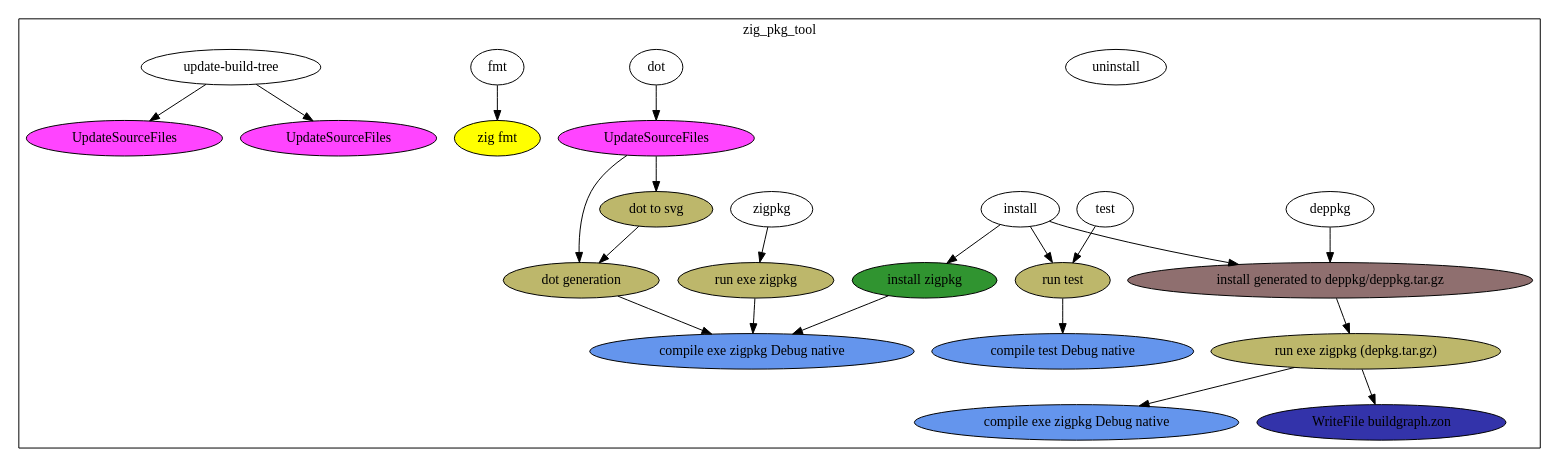
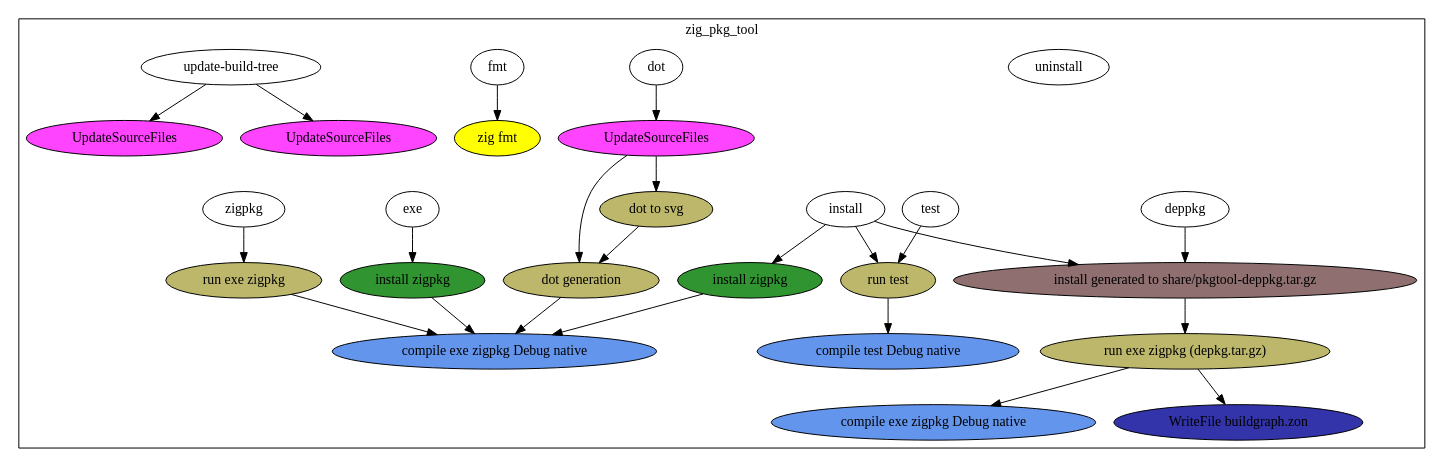
The diagram in graph.dot (dasimmet/zig_pkg_tool), drawn with Graphviz before and after one commit. The commit also changed 6 other files, not shown here.

```diff
--- a/graph.dot
+++ b/graph.dot
@@ -1,76 +1,82 @@
 digraph {
 "N0" [label="install", style="filled", fillcolor="#ffffff", group="G0", tooltip=""]
 "N0" -> "N1"
 "N0" -> "N5"
 "N0" -> "N7"
-"N1" [label="install generated to deppkg/deppkg.tar.gz", style="filled", fillcolor="#8f6f6f", group="G0", tooltip=""]
+"N1" [label="install generated to share/pkgtool-deppkg.tar.gz", style="filled", fillcolor="#8f6f6f", group="G0", tooltip=""]
 "N1" -> "N2"
 "N2" [label="run exe zigpkg (depkg.tar.gz)", style="filled", fillcolor="#bdb76b", group="G0", tooltip=""]
 "N2" -> "N3"
 "N2" -> "N4"
 "N3" [label="compile exe zigpkg Debug native", style="filled", fillcolor="#6495ed", group="G0", tooltip=""]
 "N4" [label="WriteFile buildgraph.zon", style="filled", fillcolor="#3333aa", group="G0", tooltip=""]
 "N5" [label="install zigpkg", style="filled", fillcolor="#309430", group="G0", tooltip=""]
 "N5" -> "N6"
 "N6" [label="compile exe zigpkg Debug native", style="filled", fillcolor="#6495ed", group="G0", tooltip=""]
 "N7" [label="run test", style="filled", fillcolor="#bdb76b", group="G0", tooltip=""]
 "N7" -> "N8"
 "N8" [label="compile test Debug native", style="filled", fillcolor="#6495ed", group="G0", tooltip=""]
 "N9" [label="uninstall", style="filled", fillcolor="#ffffff", group="G0", tooltip=""]
 "N10" [label="deppkg", style="filled", fillcolor="#ffffff", group="G0", tooltip=""]
 "N10" -> "N1"
-"N11" [label="zigpkg", style="filled", fillcolor="#ffffff", group="G0", tooltip=""]
+"N11" [label="exe", style="filled", fillcolor="#ffffff", group="G0", tooltip=""]
 "N11" -> "N12"
-"N12" [label="run exe zigpkg", style="filled", fillcolor="#bdb76b", group="G0", tooltip=""]
+"N12" [label="install zigpkg", style="filled", fillcolor="#309430", group="G0", tooltip=""]
 "N12" -> "N6"
-"N13" [label="test", style="filled", fillcolor="#ffffff", group="G0", tooltip=""]
-"N13" -> "N7"
-"N14" [label="dot", style="filled", fillcolor="#ffffff", group="G0", tooltip=""]
-"N14" -> "N15"
-"N15" [label="UpdateSourceFiles", style="filled", fillcolor="#ff44ff", group="G0", tooltip=""]
-"N15" -> "N16"
-"N15" -> "N17"
-"N16" [label="dot generation", style="filled", fillcolor="#bdb76b", group="G0", tooltip=""]
-"N16" -> "N6"
-"N17" [label="dot to svg", style="filled", fillcolor="#bdb76b", group="G0", tooltip=""]
-"N17" -> "N16"
-"N18" [label="fmt", style="filled", fillcolor="#ffffff", group="G0", tooltip=""]
-"N18" -> "N19"
-"N19" [label="zig fmt", style="filled", fillcolor="#ffff00", group="G0", tooltip=""]
-"N20" [label="update-build-tree", style="filled", fillcolor="#ffffff", group="G0", tooltip=""]
+"N13" [label="zigpkg", style="filled", fillcolor="#ffffff", group="G0", tooltip=""]
+"N13" -> "N14"
+"N14" [label="run exe zigpkg", style="filled", fillcolor="#bdb76b", group="G0", tooltip=""]
+"N14" -> "N6"
+"N15" [label="test", style="filled", fillcolor="#ffffff", group="G0", tooltip=""]
+"N15" -> "N7"
+"N16" [label="dot", style="filled", fillcolor="#ffffff", group="G0", tooltip=""]
+"N16" -> "N17"
+"N17" [label="UpdateSourceFiles", style="filled", fillcolor="#ff44ff", group="G0", tooltip=""]
+"N17" -> "N18"
+"N17" -> "N19"
+"N18" [label="dot generation", style="filled", fillcolor="#bdb76b", group="G0", tooltip=""]
+"N18" -> "N6"
+"N19" [label="dot to svg", style="filled", fillcolor="#bdb76b", group="G0", tooltip=""]
+"N19" -> "N18"
+"N20" [label="fmt", style="filled", fillcolor="#ffffff", group="G0", tooltip=""]
 "N20" -> "N21"
-"N20" -> "N22"
-"N21" [label="UpdateSourceFiles", style="filled", fillcolor="#ff44ff", group="G0", tooltip=""]
-"N22" [label="UpdateSourceFiles", style="filled", fillcolor="#ff44ff", group="G0", tooltip=""]
+"N21" [label="zig fmt", style="filled", fillcolor="#ffff00", group="G0", tooltip=""]
+"N22" [label="update-build-tree", style="filled", fillcolor="#ffffff", group="G0", tooltip=""]
+"N22" -> "N23"
+"N22" -> "N24"
+"N23" [label="UpdateSourceFiles", style="filled", fillcolor="#ff44ff", group="G0", tooltip=""]
+"N24" [label="UpdateSourceFiles", style="filled", fillcolor="#ff44ff", group="G0", tooltip=""]
 subgraph cluster_0 {
   cluster = true
   label = "zig_pkg_tool"
   "N0"
   "N1"
   "N2"
   "N3"
   "N4"
   "N5"
   "N6"
   "N7"
   "N8"
   "N9"
   "N10"
   "N11"
   "N12"
   "N13"
   "N14"
   "N15"
   "N16"
   "N17"
   "N18"
   "N19"
   "N20"
   "N21"
   "N22"
+  "N23"
+  "N24"
 }
 subgraph cluster_1 {
   cluster = true
-  label = "known_folders-0.0.0-Fy-PJkfRAAAVdptXWXBspIIC7EkVgLgWozU5zIk5Zgcy"
+  label = "known_folders-0.0.0-Fy-PJovNAAAtqbaXgBhV6G-Z4-WNo7P0Rov-x-npZq21"
 }
 }
```
